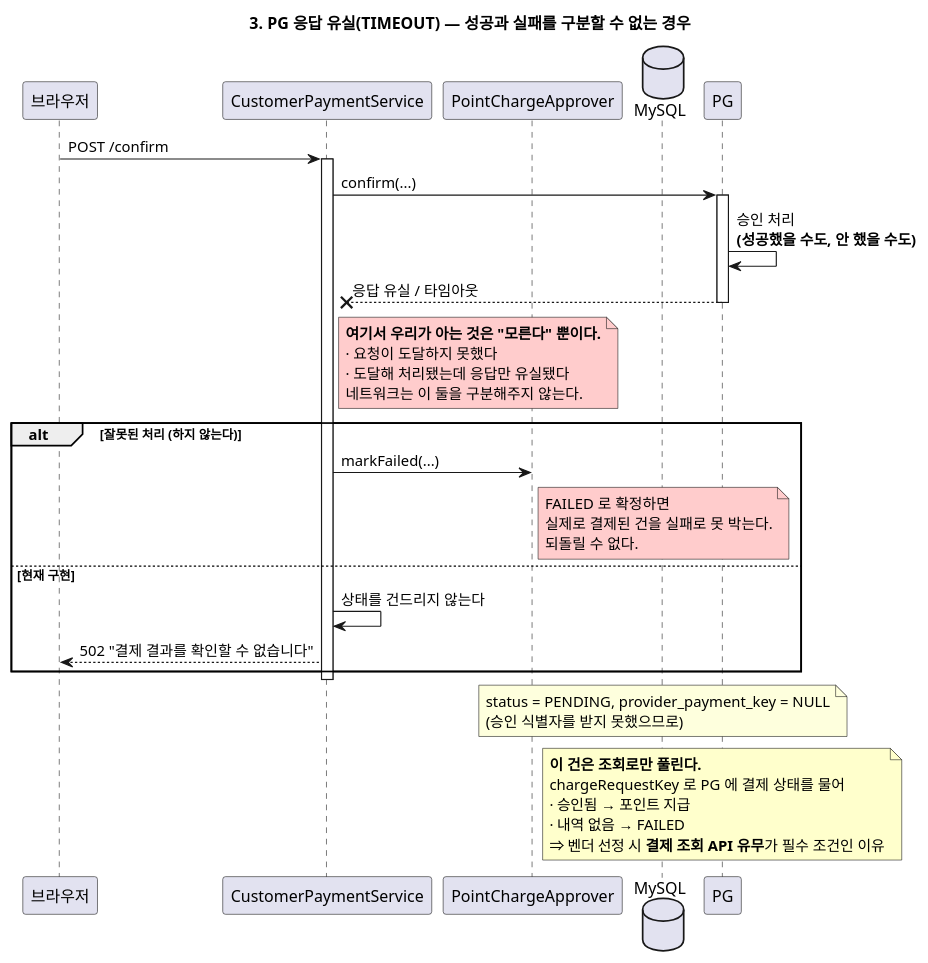
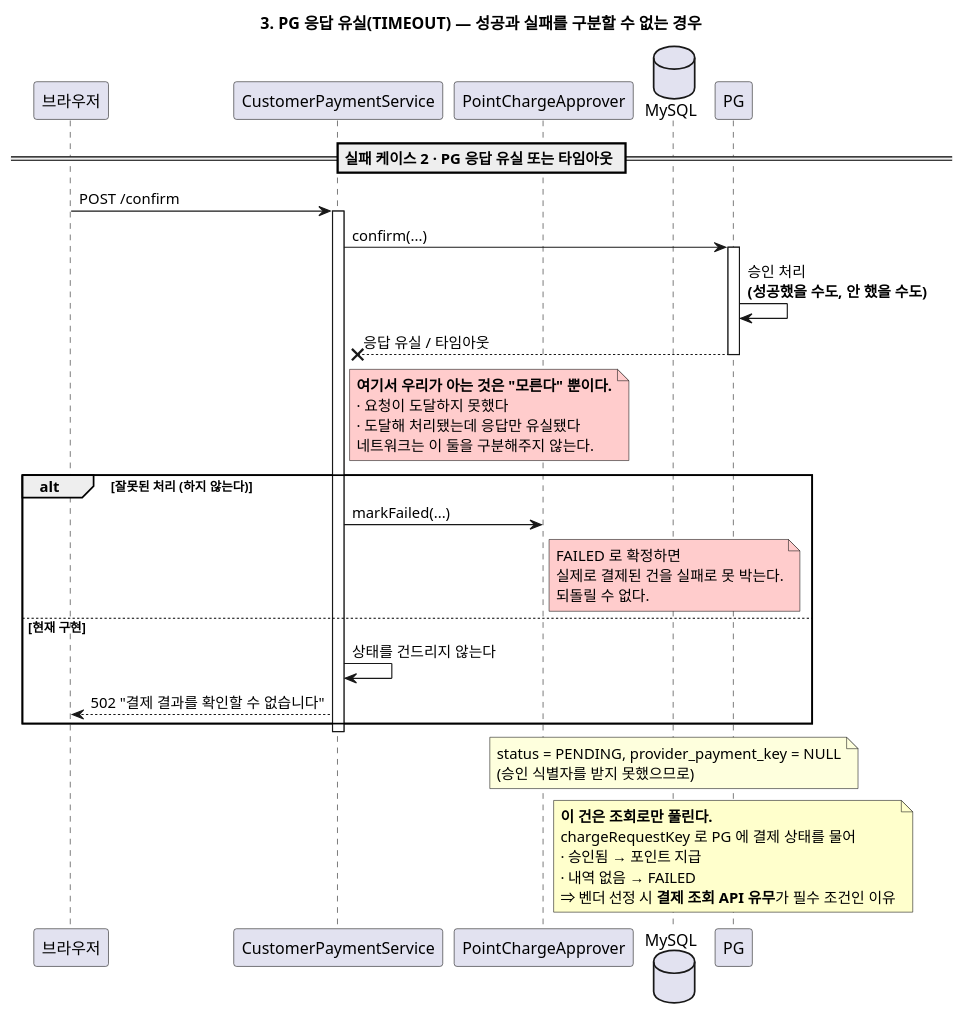
Before and after one commit to softeerbootcamp-8th/WEB-Team7-Turkey: the third of 7 diagrams in docs/결제승인_관련_다이어그램/06-point-charge-sequence.puml, drawn with PlantUML. The commit also changed other lines of this file and 7 other files, not shown here.

First line of the commit message:
docs: 결제 승인 시퀀스 다이어그램 갱신

```diff
--- a/docs/결제승인_관련_다이어그램/06-point-charge-sequence.puml
+++ b/docs/결제승인_관련_다이어그램/06-point-charge-sequence.puml
@@ -155,50 +167,51 @@
 @startuml 03-타임아웃
 title 3. PG 응답 유실(TIMEOUT) — 성공과 실패를 구분할 수 없는 경우
 
 participant "브라우저" as B
 participant "CustomerPaymentService" as S
 participant "PointChargeApprover" as A
 database "MySQL" as DB
 participant "PG" as PG
 
+== 실패 케이스 2 · PG 응답 유실 또는 타임아웃 ==
 B -> S: POST /confirm
 activate S
 S -> PG: confirm(...)
 activate PG
 PG -> PG: 승인 처리\n<b>(성공했을 수도, 안 했을 수도)</b>
 PG --x S: 응답 유실 / 타임아웃
 deactivate PG
 
 note right of S #FFCCCC
   <b>여기서 우리가 아는 것은 "모른다" 뿐이다.</b>
   · 요청이 도달하지 못했다
   · 도달해 처리됐는데 응답만 유실됐다
   네트워크는 이 둘을 구분해주지 않는다.
 end note
 
 alt 잘못된 처리 (하지 않는다)
   S -> A: markFailed(...)
   note right of A #FFCCCC
     FAILED 로 확정하면
     실제로 결제된 건을 실패로 못 박는다.
     되돌릴 수 없다.
   end note
 else 현재 구현
   S -> S: 상태를 건드리지 않는다
   S --> B: 502 "결제 결과를 확인할 수 없습니다"
 end
 deactivate S
 
 note over DB
   status = PENDING, provider_payment_key = NULL
   (승인 식별자를 받지 못했으므로)
 end note
 
 note over PG #FFFFCC
   <b>이 건은 조회로만 풀린다.</b>
   chargeRequestKey 로 PG 에 결제 상태를 물어
   · 승인됨 → 포인트 지급
   · 내역 없음 → FAILED
   ⇒ 벤더 선정 시 <b>결제 조회 API 유무</b>가 필수 조건인 이유
 end note
 @enduml
```
